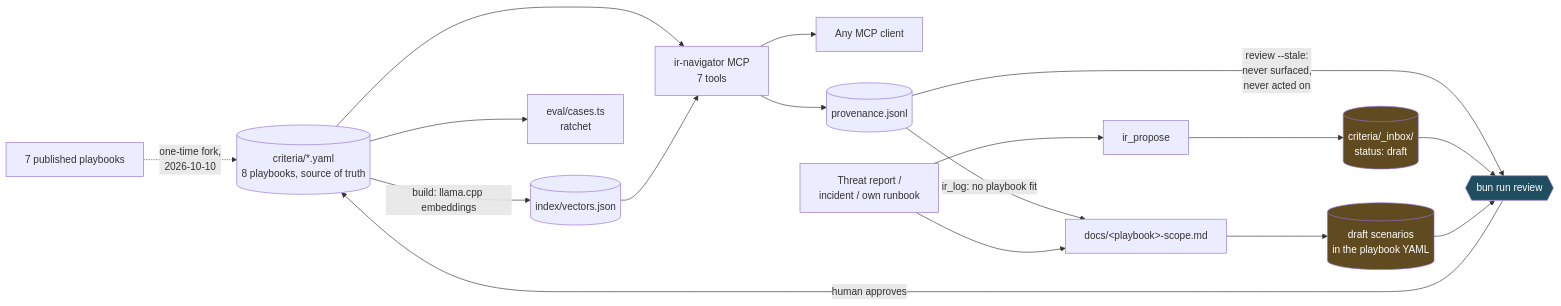
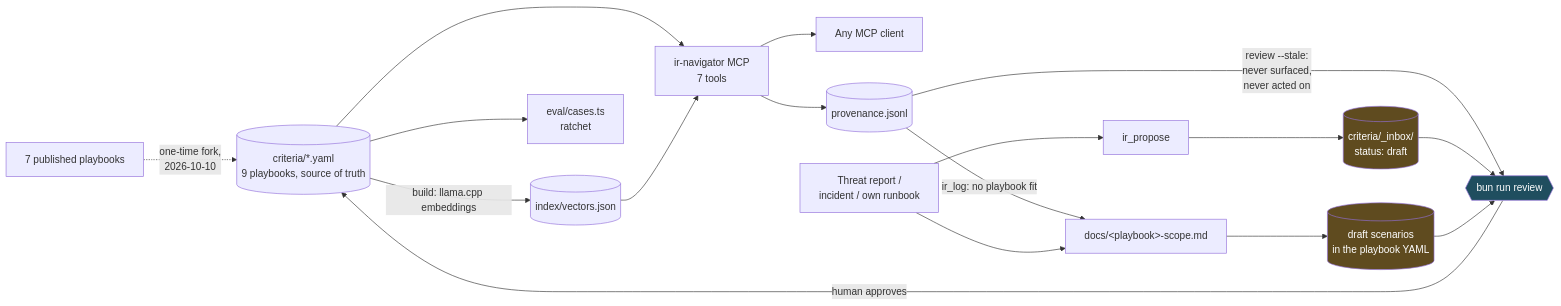
Before and after one commit to spierenburg/ir-navigator: the diagram in docs/SPEC.md, drawn with Mermaid. The commit also changed other lines of this file and 8 other files, not shown here.

````diff
--- a/docs/SPEC.md
+++ b/docs/SPEC.md
@@ -456,24 +457,24 @@
 ```mermaid
 flowchart LR
-    H[7 published playbooks] -.one-time fork,<br/>2026-10-10.-> Y[(criteria/*.yaml<br/>8 playbooks, source of truth)]
+    H[7 published playbooks] -.one-time fork,<br/>2026-10-10.-> Y[(criteria/*.yaml<br/>9 playbooks, source of truth)]
     Y -->|build: llama.cpp embeddings| V[(index/vectors.json)]
     Y --> M[ir-navigator MCP<br/>7 tools]
     V --> M
     M --> C[Any MCP client]
     M --> P[(provenance.jsonl)]
 
     P -->|ir_log: no playbook fit| S[docs/&lt;playbook&gt;-scope.md]
     CTI[Threat report /<br/>incident / own runbook] --> S
     S --> D[(draft scenarios<br/>in the playbook YAML)]
     CTI --> IP[ir_propose]
     IP --> IB[(criteria/_inbox/<br/>status: draft)]
     P -->|review --stale:<br/>never surfaced,<br/>never acted on| R{{bun run review}}
     IB --> R
     D --> R
     R -->|human approves| Y
     Y --> E[eval/cases.ts<br/>ratchet]
 
     style IB fill:#5f4b1f,color:#fff
     style D fill:#5f4b1f,color:#fff
     style R fill:#1f4e5f,color:#fff
 ```
````
